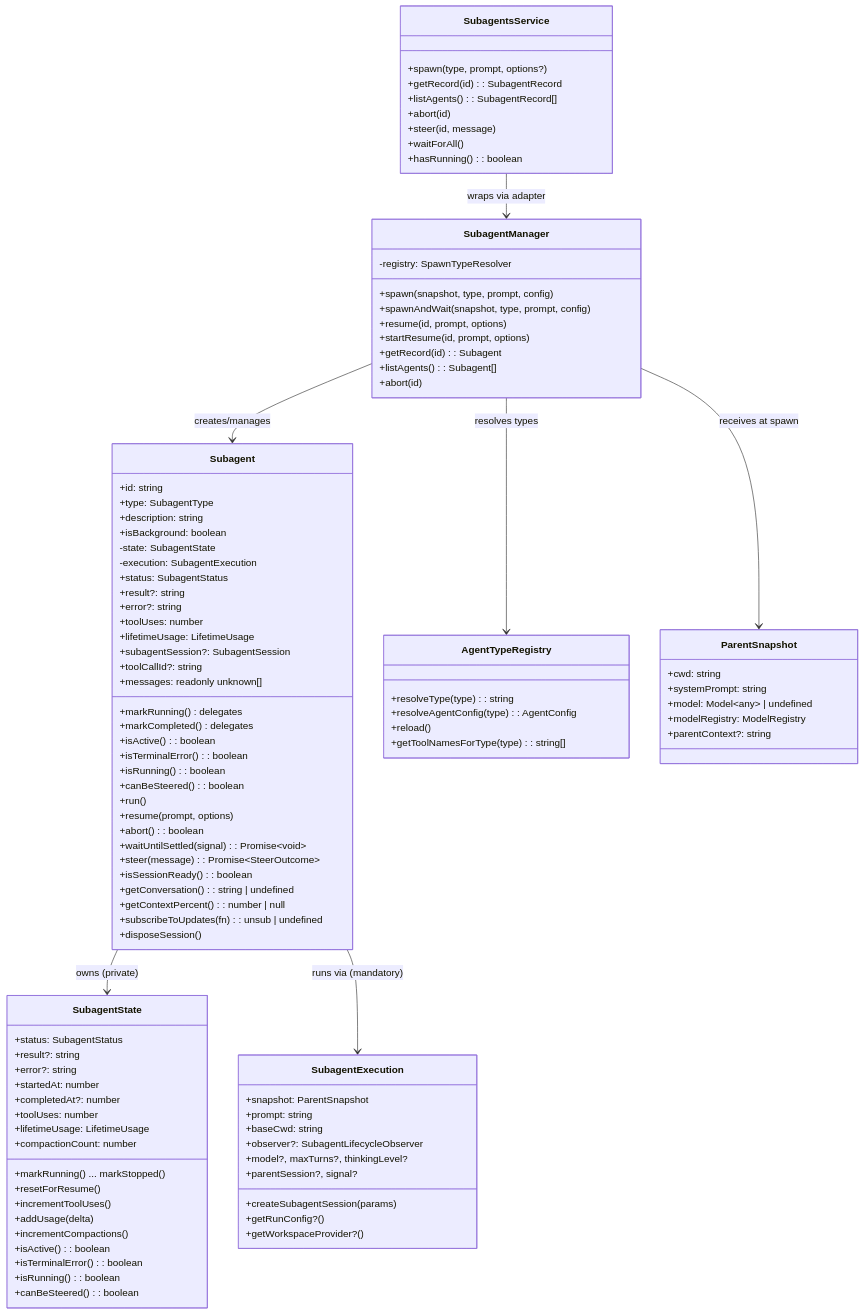
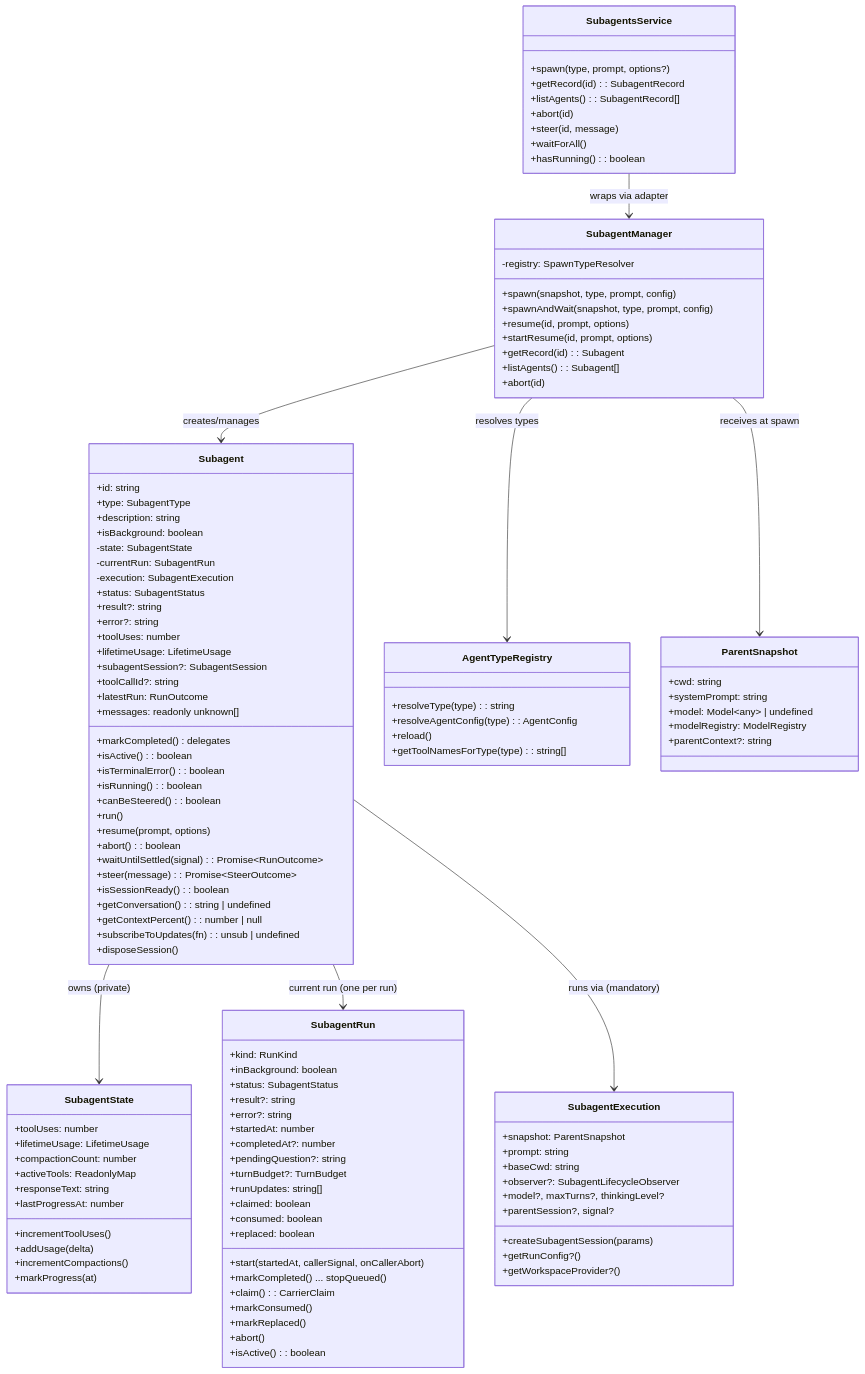
Before and after one commit to ttdua/pi-subagents: the second of 6 diagrams in docs/architecture/architecture.md, drawn with Mermaid. The commit also changed other lines of this file, not shown here.

First line of the commit message:
docs(pi-subagents): record that each run owns its outcome

```diff
--- a/docs/architecture/architecture.md
+++ b/docs/architecture/architecture.md
@@ -147,6 +147,7 @@
         +description: string
         +isBackground: boolean
         -state: SubagentState
+        -currentRun: SubagentRun
         -execution: SubagentExecution
         +status: SubagentStatus
         +result?: string
@@ -155,7 +156,7 @@
         +lifetimeUsage: LifetimeUsage
         +subagentSession?: SubagentSession
         +toolCallId?: string
-        +markRunning() delegates
+        +latestRun: RunOutcome
         +markCompleted() delegates
         +isActive(): boolean
         +isTerminalError(): boolean
@@ -164,7 +165,7 @@
         +run()
         +resume(prompt, options)
         +abort(): boolean
-        +waitUntilSettled(signal): Promise~void~
+        +waitUntilSettled(signal): Promise~RunOutcome~
         +steer(message): Promise~SteerOutcome~
         +isSessionReady(): boolean
         +getConversation(): string | undefined
@@ -174,24 +175,40 @@
         +disposeSession()
     }
 
-    class SubagentState {
+    class SubagentRun {
+        +kind: RunKind
+        +inBackground: boolean
         +status: SubagentStatus
         +result?: string
         +error?: string
         +startedAt: number
         +completedAt?: number
+        +pendingQuestion?: string
+        +turnBudget?: TurnBudget
+        +runUpdates: string[]
+        +claimed: boolean
+        +consumed: boolean
+        +replaced: boolean
+        +start(startedAt, callerSignal, onCallerAbort)
+        +markCompleted() ... stopQueued()
+        +claim(): CarrierClaim
+        +markConsumed()
+        +markReplaced()
+        +abort()
+        +isActive(): boolean
+    }
+
+    class SubagentState {
         +toolUses: number
         +lifetimeUsage: LifetimeUsage
         +compactionCount: number
-        +markRunning() ... markStopped()
-        +resetForResume()
+        +activeTools: ReadonlyMap
+        +responseText: string
+        +lastProgressAt: number
         +incrementToolUses()
         +addUsage(delta)
         +incrementCompactions()
-        +isActive(): boolean
-        +isTerminalError(): boolean
-        +isRunning(): boolean
-        +canBeSteered(): boolean
+        +markProgress(at)
     }
 
     class SubagentExecution {
@@ -244,6 +261,7 @@
 
     SubagentManager --> Subagent : creates/manages
     Subagent --> SubagentState : owns (private)
+    Subagent --> SubagentRun : current run (one per run)
     Subagent --> SubagentExecution : runs via (mandatory)
     SubagentManager --> ParentSnapshot : receives at spawn
     SubagentsService --> SubagentManager : wraps via adapter
```
